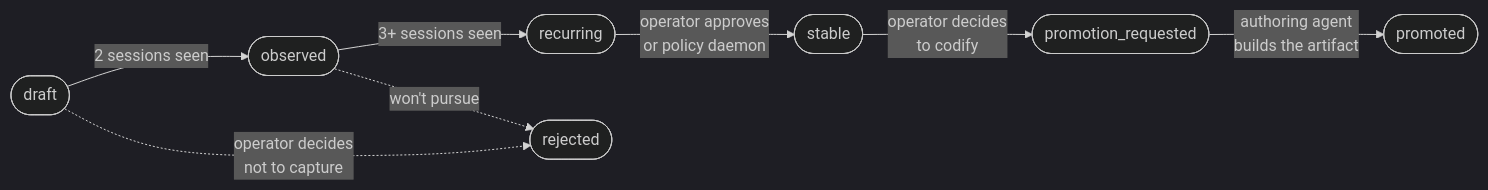
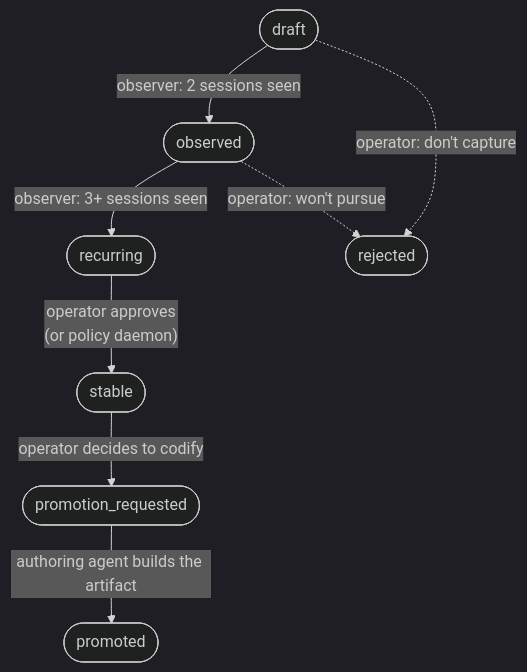
Before and after one commit to Lizo-RoadTown/tapestry: the second of 2 diagrams in apps/docs-site/src/content/docs/explanation/upskilling.md, drawn with Mermaid (dark theme).

Commit message:
docs(site): v1.6.1 — restructure candidate status diagram TB so it's readable
Operator screenshot showed the LR version was cramped: 7 nodes in a
single row with edge labels squished above/below the arrows. The
rejection branch created extra vertical noise that shrunk every node.

Switched to TB. Each status gets a full row of width for its label and
edge label. The rejection branch drops to one side cleanly without
constraining the main path's node widths.

Also shortened edge labels: 'observer: 2 sessions seen' is clearer
than 'observer thinks: 2 sessions seen', etc.

````diff
--- a/apps/docs-site/src/content/docs/explanation/upskilling.md
+++ b/apps/docs-site/src/content/docs/explanation/upskilling.md
@@ -60,19 +60,19 @@
 ```mermaid
-flowchart LR
+flowchart TB
   draft([draft])
   observed([observed])
   recurring([recurring])
   stable([stable])
   pr([promotion_requested])
   promoted([promoted])
   rejected([rejected])
 
-  draft -->|"2 sessions seen"| observed
-  observed -->|"3+ sessions seen"| recurring
-  recurring -->|"operator approves<br/>or policy daemon"| stable
-  stable -->|"operator decides<br/>to codify"| pr
-  pr -->|"authoring agent<br/>builds the artifact"| promoted
+  draft -->|"observer: 2 sessions seen"| observed
+  observed -->|"observer: 3+ sessions seen"| recurring
+  recurring -->|"operator approves<br/>(or policy daemon)"| stable
+  stable -->|"operator decides to codify"| pr
+  pr -->|"authoring agent builds the artifact"| promoted
 
-  draft -.->|"operator decides<br/>not to capture"| rejected
-  observed -.->|"won't pursue"| rejected
+  draft -.->|"operator: don't capture"| rejected
+  observed -.->|"operator: won't pursue"| rejected
 ```
````
